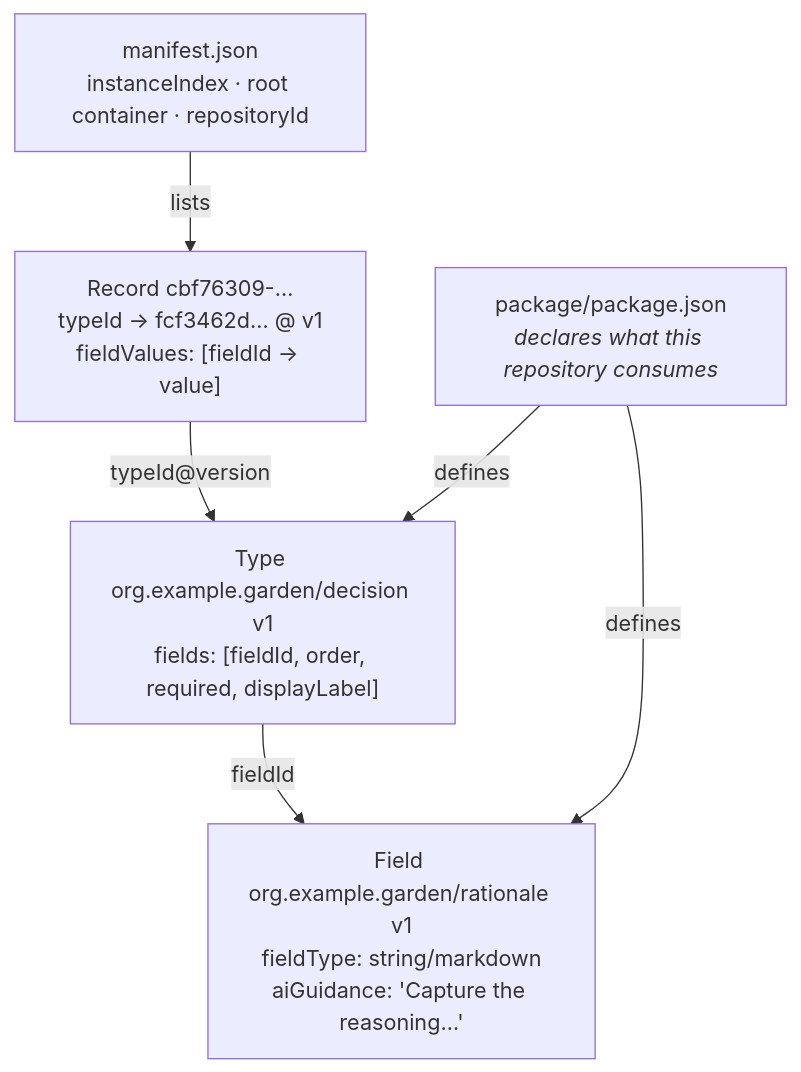
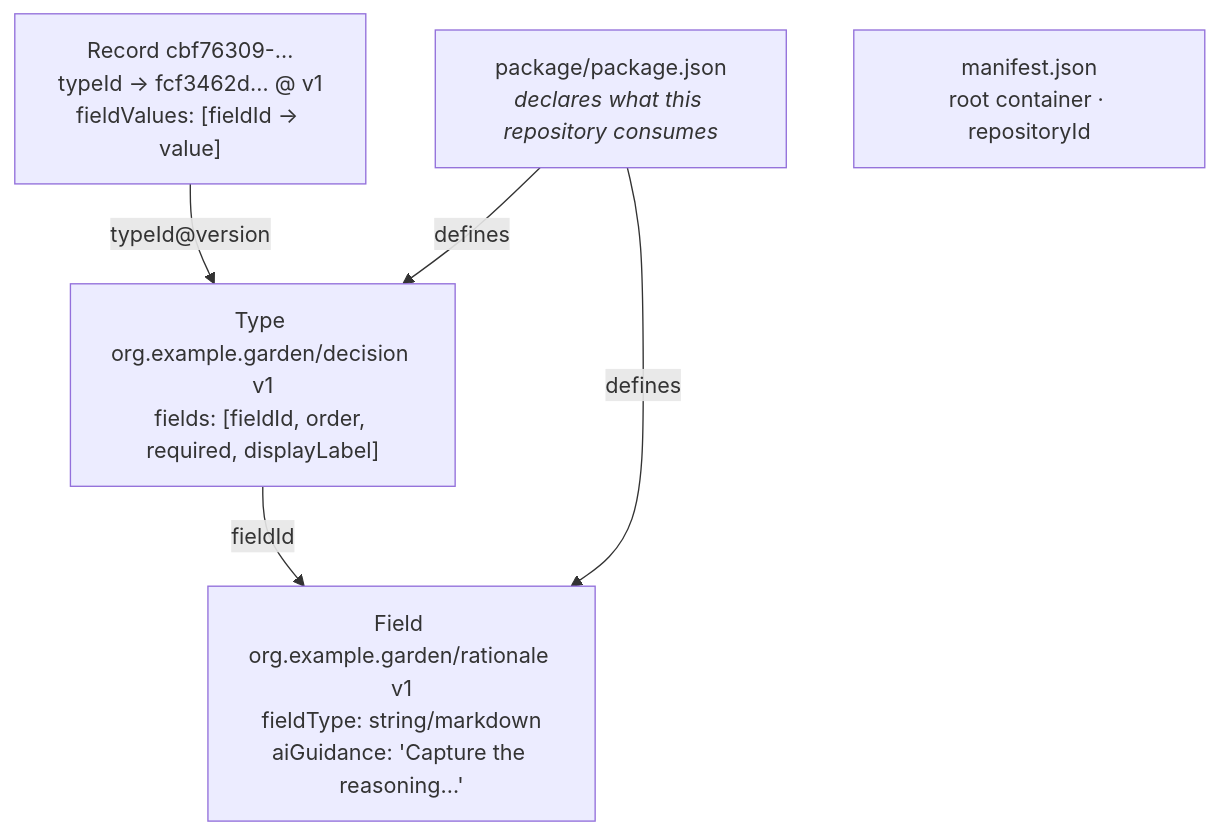
One commit to the-greenman/srs changed the fourth of 4 diagrams in docs/overview/first-repository.md. Above: the diagram before and after it, drawn with Mermaid. The commit also changed other lines of this file and 23 other files, not shown here.

````diff
--- a/docs/overview/first-repository.md
+++ b/docs/overview/first-repository.md
@@ -396,14 +396,13 @@
 ```mermaid
 flowchart TD
     REC["Record cbf76309-…<br/>typeId → fcf3462d… @ v1<br/>fieldValues: [fieldId → value]"]
     TYP["Type org.example.garden/decision v1<br/>fields: [fieldId, order, required, displayLabel]"]
     FLD["Field org.example.garden/rationale v1<br/>fieldType: string/markdown<br/>aiGuidance: 'Capture the reasoning…'"]
     PKG["package/package.json<br/><i>declares what this repository consumes</i>"]
-    MAN["manifest.json<br/>instanceIndex · root container · repositoryId"]
+    MAN["manifest.json<br/>root container · repositoryId"]
 
-    MAN -->|lists| REC
     REC -->|"typeId@version"| TYP
     TYP -->|fieldId| FLD
     PKG -->|defines| TYP
     PKG -->|defines| FLD
 ```
````
